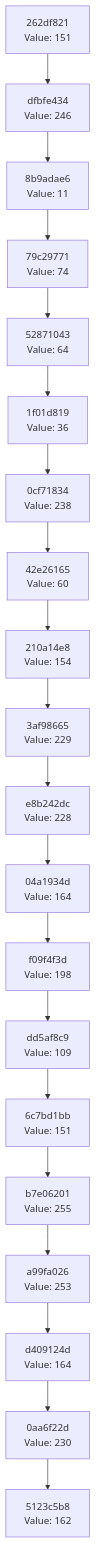
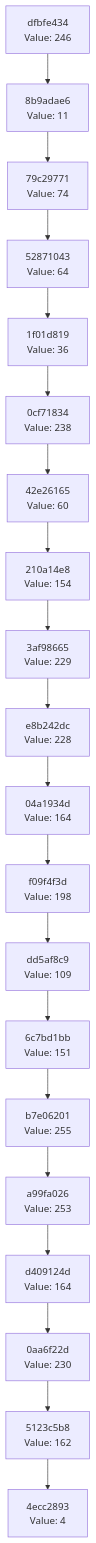
The diagram in docs/CHAIN_VISUALIZATION.md (Abhisheksinha1506/hash-chain-evolver), drawn with Mermaid before and after one commit. The commit also changed 2 other files, not shown here.

Commit message:
Evolution step: hash 0x04 → action executed

````diff
--- a/docs/CHAIN_VISUALIZATION.md
+++ b/docs/CHAIN_VISUALIZATION.md
@@ -3,42 +3,42 @@
 ```mermaid
 graph TD
-    C0["5123c5b8<br/>Value: 162"]
-    C1["0aa6f22d<br/>Value: 230"]
+    C0["4ecc2893<br/>Value: 4"]
+    C1["5123c5b8<br/>Value: 162"]
     C1 --> C0
-    C2["d409124d<br/>Value: 164"]
+    C2["0aa6f22d<br/>Value: 230"]
     C2 --> C1
-    C3["a99fa026<br/>Value: 253"]
+    C3["d409124d<br/>Value: 164"]
     C3 --> C2
-    C4["b7e06201<br/>Value: 255"]
+    C4["a99fa026<br/>Value: 253"]
     C4 --> C3
-    C5["6c7bd1bb<br/>Value: 151"]
+    C5["b7e06201<br/>Value: 255"]
     C5 --> C4
-    C6["dd5af8c9<br/>Value: 109"]
+    C6["6c7bd1bb<br/>Value: 151"]
     C6 --> C5
-    C7["f09f4f3d<br/>Value: 198"]
+    C7["dd5af8c9<br/>Value: 109"]
     C7 --> C6
-    C8["04a1934d<br/>Value: 164"]
+    C8["f09f4f3d<br/>Value: 198"]
     C8 --> C7
-    C9["e8b242dc<br/>Value: 228"]
+    C9["04a1934d<br/>Value: 164"]
     C9 --> C8
-    C10["3af98665<br/>Value: 229"]
+    C10["e8b242dc<br/>Value: 228"]
     C10 --> C9
-    C11["210a14e8<br/>Value: 154"]
+    C11["3af98665<br/>Value: 229"]
     C11 --> C10
-    C12["42e26165<br/>Value: 60"]
+    C12["210a14e8<br/>Value: 154"]
     C12 --> C11
-    C13["0cf71834<br/>Value: 238"]
+    C13["42e26165<br/>Value: 60"]
     C13 --> C12
-    C14["1f01d819<br/>Value: 36"]
+    C14["0cf71834<br/>Value: 238"]
     C14 --> C13
-    C15["52871043<br/>Value: 64"]
+    C15["1f01d819<br/>Value: 36"]
     C15 --> C14
-    C16["79c29771<br/>Value: 74"]
+    C16["52871043<br/>Value: 64"]
     C16 --> C15
-    C17["8b9adae6<br/>Value: 11"]
+    C17["79c29771<br/>Value: 74"]
     C17 --> C16
-    C18["dfbfe434<br/>Value: 246"]
+    C18["8b9adae6<br/>Value: 11"]
     C18 --> C17
-    C19["262df821<br/>Value: 151"]
+    C19["dfbfe434<br/>Value: 246"]
     C19 --> C18
 ```
````
